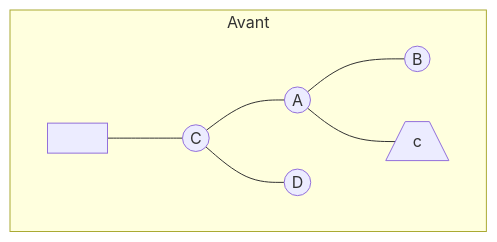
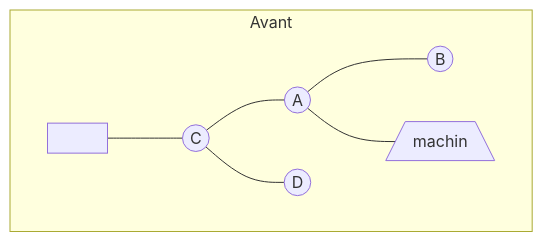
One commit to Kechidi/TP1 changed the diagram in cours/test.md. Above: the diagram before and after it, drawn with Mermaid.

````diff
--- a/cours/test.md
+++ b/cours/test.md
@@ -1,7 +1,7 @@
 ```mermaid
 flowchart TD
   subgraph 0[Avant]
     R1[" "] --- C1((C)) --- A1((A)) & D1((D))
-    A1 --- B1(("B")) & truc[/"c"\]
+    A1 --- B1(("B")) & truc[/machin\]
   end
 ```
````
